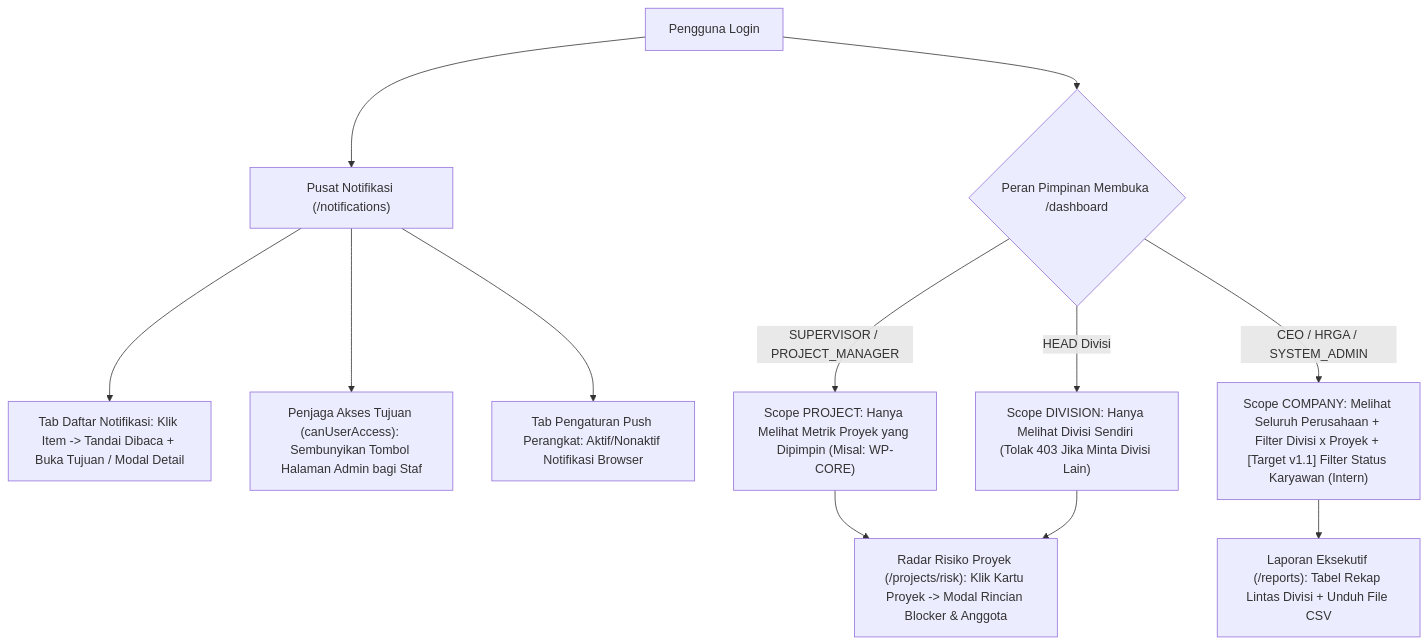
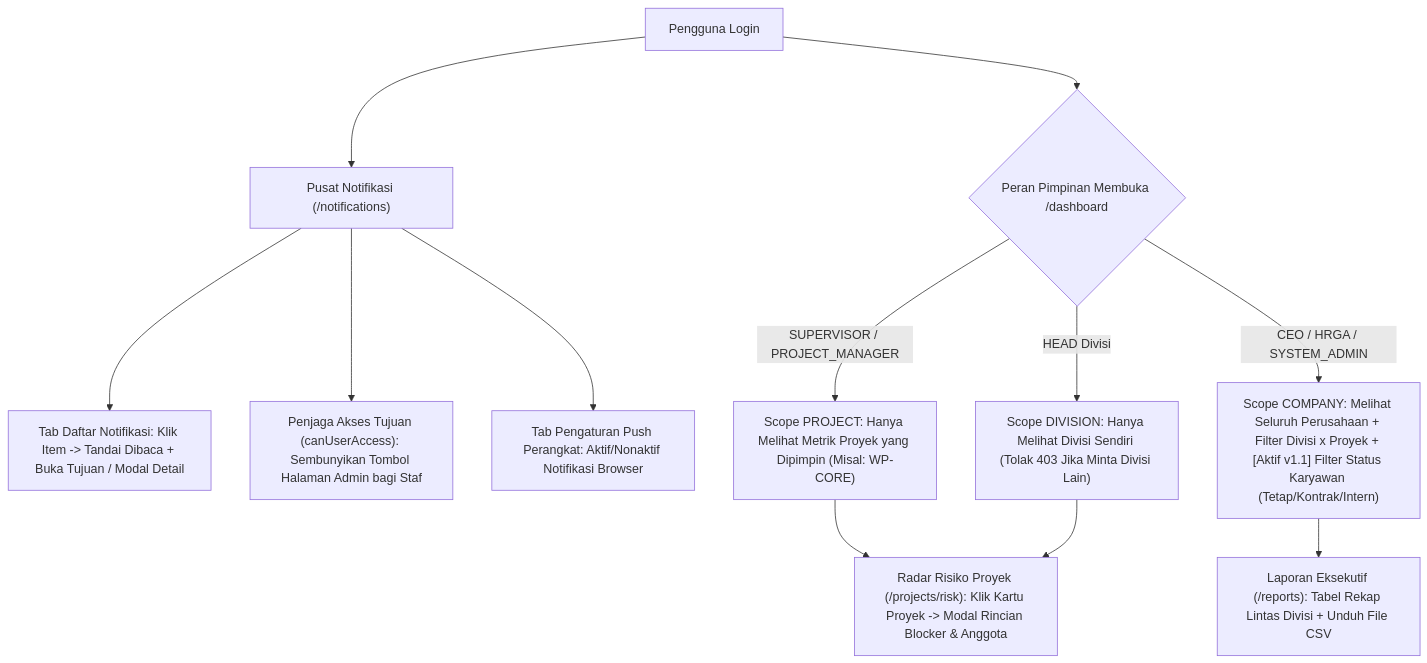
Before and after one commit to harrymx1/Dutamedia-WorkPulse: the seventh of 8 diagrams in UAT/Dokumen-Induk-Alur-dan-Kondisi-Sistem.md, drawn with Mermaid. The commit also changed other lines of this file and 1 other file, not shown here.

Commit message:
docs(uat): update master system guide to v1.1 and add post-UAT 4-package changelog

````diff
--- a/UAT/Dokumen-Induk-Alur-dan-Kondisi-Sistem.md
+++ b/UAT/Dokumen-Induk-Alur-dan-Kondisi-Sistem.md
@@ -1011,14 +1048,14 @@
 ```mermaid
 flowchart TD
     A["Pengguna Login"] --> B["Pusat Notifikasi (/notifications)"]
     B --> B1["Tab Daftar Notifikasi: Klik Item -> Tandai Dibaca + Buka Tujuan / Modal Detail"]
     B --> B2["Penjaga Akses Tujuan (canUserAccess): Sembunyikan Tombol Halaman Admin bagi Staf"]
     B --> B3["Tab Pengaturan Push Perangkat: Aktif/Nonaktif Notifikasi Browser"]
     A --> C{"Peran Pimpinan Membuka /dashboard"}
     C -- "SUPERVISOR / PROJECT_MANAGER" --> C1["Scope PROJECT: Hanya Melihat Metrik Proyek yang Dipimpin (Misal: WP-CORE)"]
     C -- "HEAD Divisi" --> C2["Scope DIVISION: Hanya Melihat Divisi Sendiri (Tolak 403 Jika Minta Divisi Lain)"]
-    C -- "CEO / HRGA / SYSTEM_ADMIN" --> C3["Scope COMPANY: Melihat Seluruh Perusahaan + Filter Divisi x Proyek + [Target v1.1] Filter Status Karyawan (Intern)"]
+    C -- "CEO / HRGA / SYSTEM_ADMIN" --> C3["Scope COMPANY: Melihat Seluruh Perusahaan + Filter Divisi x Proyek + [Aktif v1.1] Filter Status Karyawan (Tetap/Kontrak/Intern)"]
     C1 --> D["Radar Risiko Proyek (/projects/risk): Klik Kartu Proyek -> Modal Rincian Blocker & Anggota"]
     C2 --> D
     C3 --> E["Laporan Eksekutif (/reports): Tabel Rekap Lintas Divisi + Unduh File CSV"]
 ```
````
